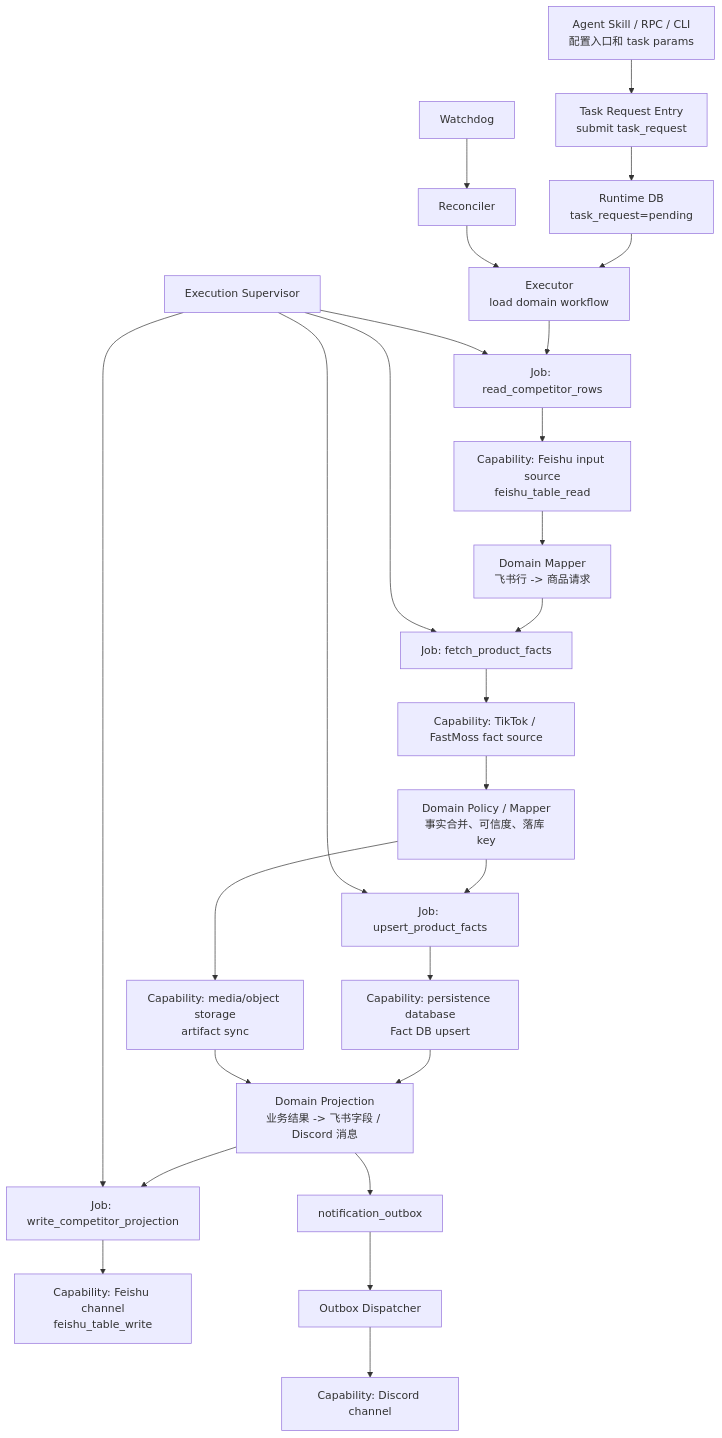
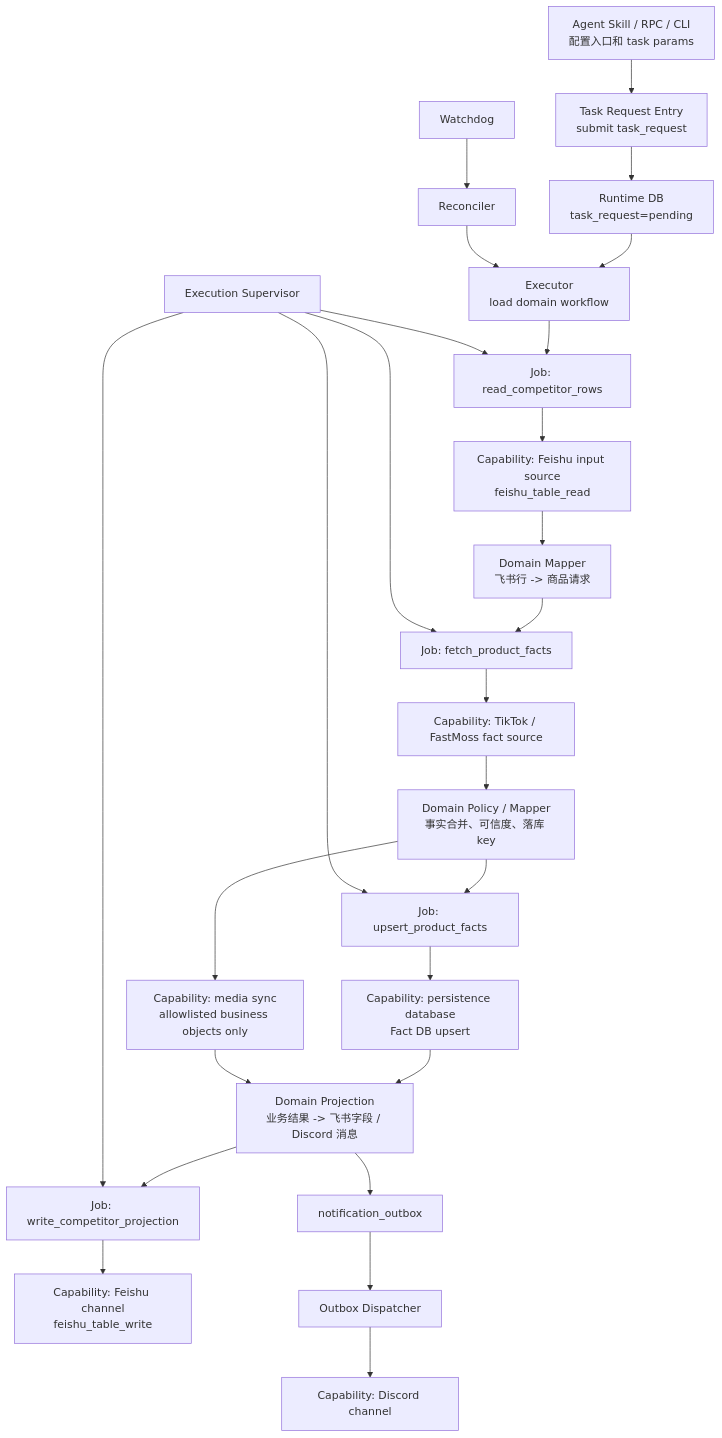
One commit to knighterrantsky/mujitask changed the third of 6 diagrams in docs/arch/system-architecture-design.md. Above: the diagram before and after it, drawn with Mermaid. The commit also changed other lines of this file and 71 other files, not shown here.

Commit message:
feat: enforce durable business object storage

````diff
--- a/docs/arch/system-architecture-design.md
+++ b/docs/arch/system-architecture-design.md
@@ -367,34 +372,34 @@
 ```mermaid
 flowchart TD
     A["Agent Skill / RPC / CLI<br/>配置入口和 task params"] --> B["Task Request Entry<br/>submit task_request"]
     B --> C["Runtime DB<br/>task_request=pending"]
     C --> D["Executor<br/>load domain workflow"]
 
     D --> E["Job: read_competitor_rows"]
     E --> F["Capability: Feishu input source<br/>feishu_table_read"]
     F --> G["Domain Mapper<br/>飞书行 -> 商品请求"]
 
     G --> H["Job: fetch_product_facts"]
     H --> I["Capability: TikTok / FastMoss fact source"]
     I --> J["Domain Policy / Mapper<br/>事实合并、可信度、落库 key"]
 
     J --> K["Job: upsert_product_facts"]
     K --> L["Capability: persistence database<br/>Fact DB upsert"]
-    J --> M["Capability: media/object storage<br/>artifact sync"]
+    J --> M["Capability: media sync<br/>allowlisted business objects only"]
 
     L --> N["Domain Projection<br/>业务结果 -> 飞书字段 / Discord 消息"]
     M --> N
     N --> O["Job: write_competitor_projection"]
     O --> P["Capability: Feishu channel<br/>feishu_table_write"]
 
     N --> Q["notification_outbox"]
     Q --> R["Outbox Dispatcher"]
     R --> S["Capability: Discord channel"]
 
     T["Execution Supervisor"] --> E
     T --> H
     T --> K
     T --> O
     U["Reconciler"] --> D
     V["Watchdog"] --> U
 ```
````
